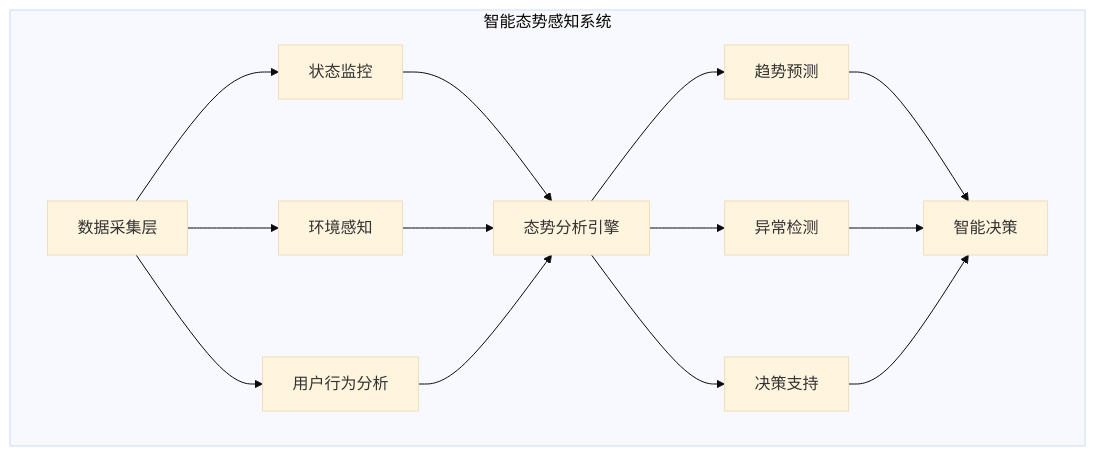
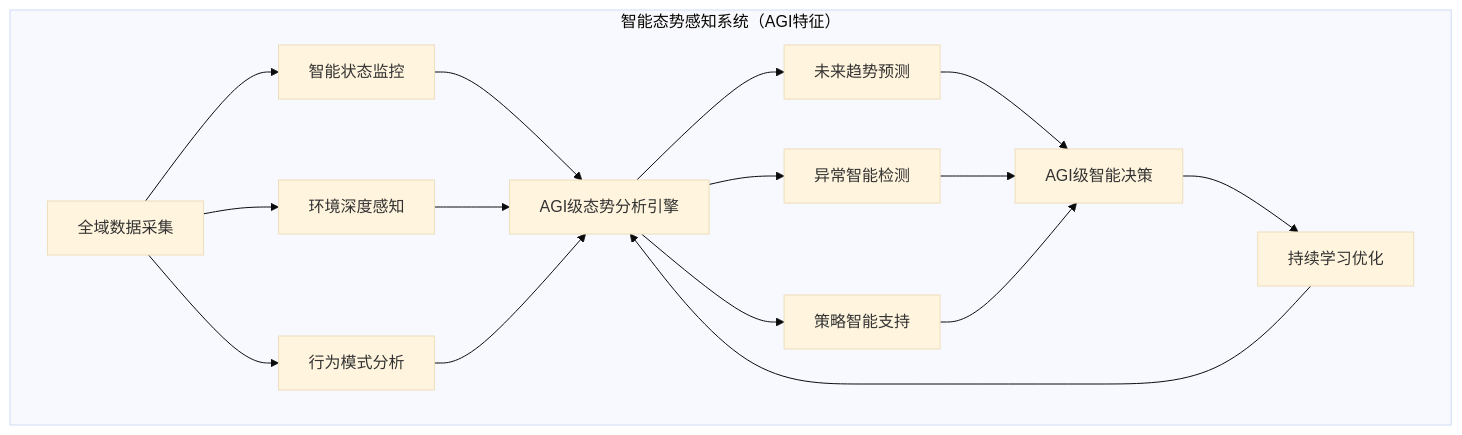
Before and after one commit to youyoude/agi-app-dev-guide-book: the fifth of 14 diagrams in 前言部分/从多智能体到AGI应用概念探索.md, drawn with Mermaid (base theme). The commit also changed other lines of this file, not shown here.

````diff
--- a/前言部分/从多智能体到AGI应用概念探索.md
+++ b/前言部分/从多智能体到AGI应用概念探索.md
@@ -322,20 +291,23 @@
 ```mermaid
 graph TB
-    subgraph "智能态势感知系统"
-        A[数据采集层] --> B[状态监控]
-        A --> C[环境感知]
-        A --> D[用户行为分析]
+    subgraph "智能态势感知系统（AGI特征）"
+        A[全域数据采集] --> B[智能状态监控]
+        A --> C[环境深度感知]
+        A --> D[行为模式分析]
         
-        B --> E[态势分析引擎]
+        B --> E[AGI级态势分析引擎]
         C --> E
         D --> E
         
-        E --> F[趋势预测]
-        E --> G[异常检测]
-        E --> H[决策支持]
+        E --> F[未来趋势预测]
+        E --> G[异常智能检测]
+        E --> H[策略智能支持]
         
-        F --> I[智能决策]
+        F --> I[AGI级智能决策]
         G --> I
         H --> I
+        
+        I --> J[持续学习优化]
+        J --> E
     end
 ```
````
